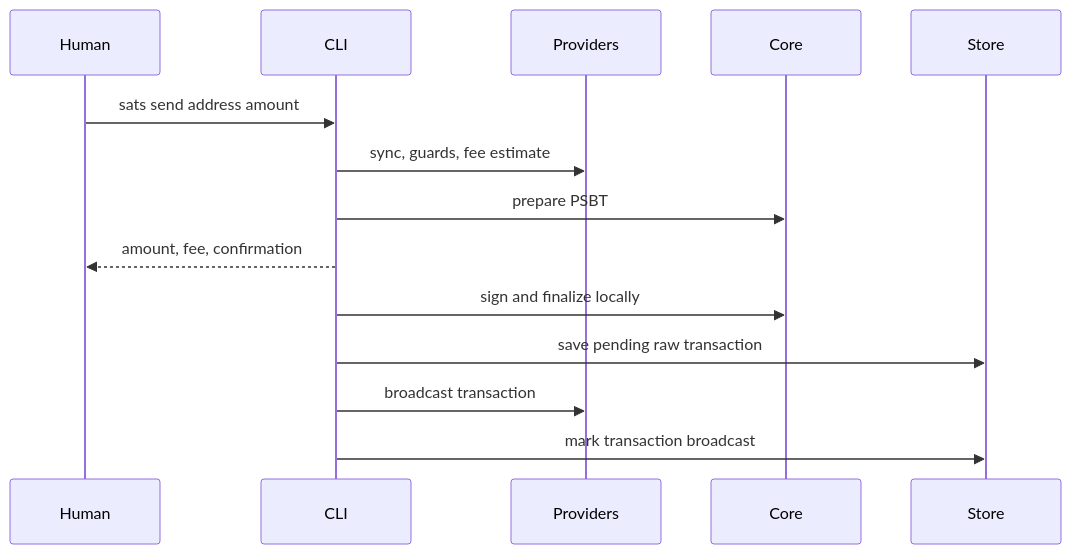
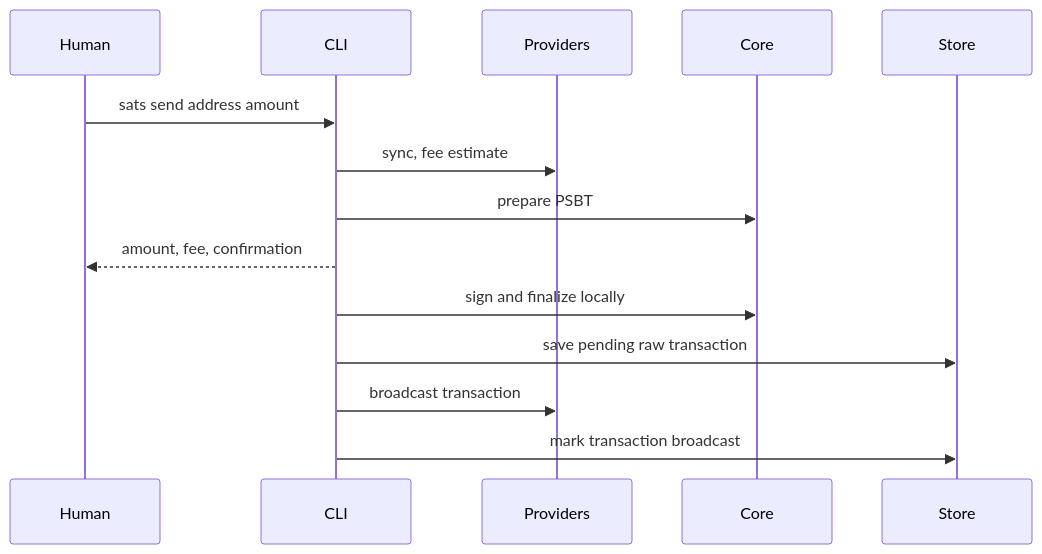
The second of 4 diagrams in docs/architecture.md (idemresearch/sats), drawn with Mermaid before and after one commit. The commit also changed other lines of this file and 30 other files, not shown here.

````diff
--- a/docs/architecture.md
+++ b/docs/architecture.md
@@ -108,16 +108,16 @@
 ```mermaid
 sequenceDiagram
     participant H as Human
     participant C as CLI
     participant P as Providers
     participant E as Core
     participant S as Store
     H->>C: sats send address amount
-    C->>P: sync, guards, fee estimate
+    C->>P: sync, fee estimate
     C->>E: prepare PSBT
     C-->>H: amount, fee, confirmation
     C->>E: sign and finalize locally
     C->>S: save pending raw transaction
     C->>P: broadcast transaction
     C->>S: mark transaction broadcast
 ```
````
